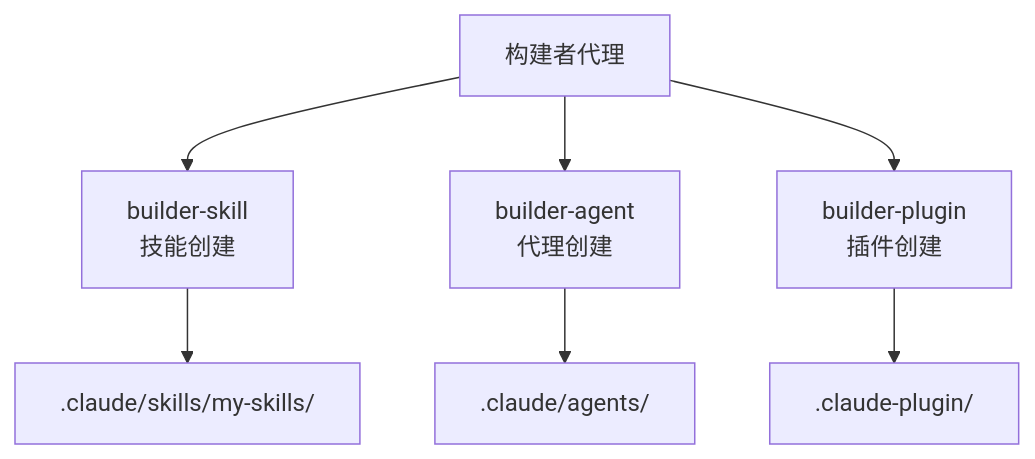
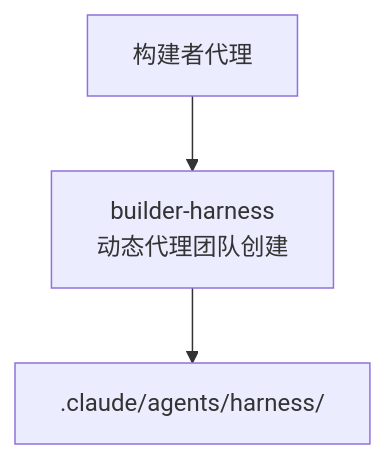
Before and after one commit to modu-ai/moai-adk: the diagram in docs-site/content/zh/advanced/builder-agents.md, drawn with Mermaid. The commit also changed other lines of this file and 153 other files, not shown here.

````diff
--- a/docs-site/content/zh/advanced/builder-agents.md
+++ b/docs-site/content/zh/advanced/builder-agents.md
@@ -17,12 +17,9 @@
 ```mermaid
 flowchart TD
     BUILDER["构建者代理"]
 
-    BUILDER --> BS["builder-skill<br/>技能创建"]
-    BUILDER --> BA["builder-agent<br/>代理创建"]
-    BUILDER --> BP["builder-plugin<br/>插件创建"]
+    BUILDER --> BH["builder-harness<br/>动态代理团队创建"]
 
-    BS --> S_OUT[".claude/skills/my-skills/"]
-    BA --> A_OUT[".claude/agents/"]
-    BP --> P_OUT[".claude-plugin/"]
+    BH --> H_OUT[".claude/agents/harness/"]
+
 ```
````
